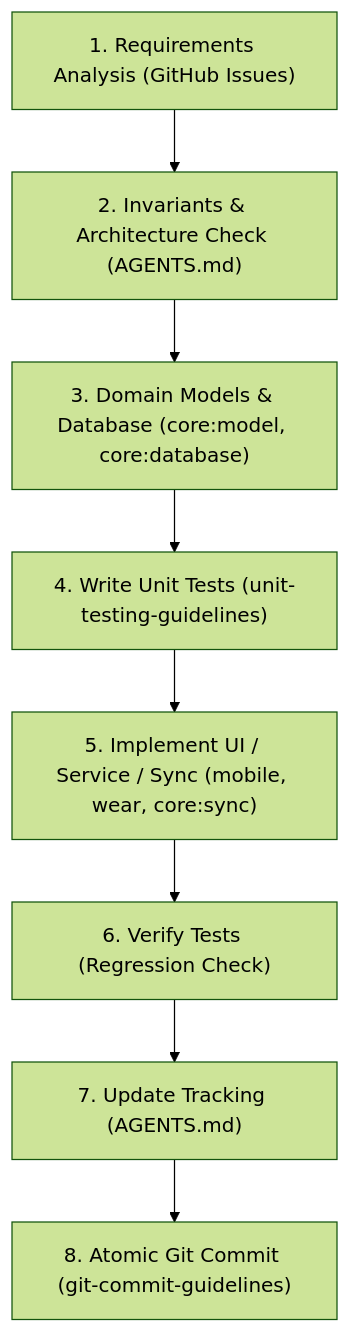
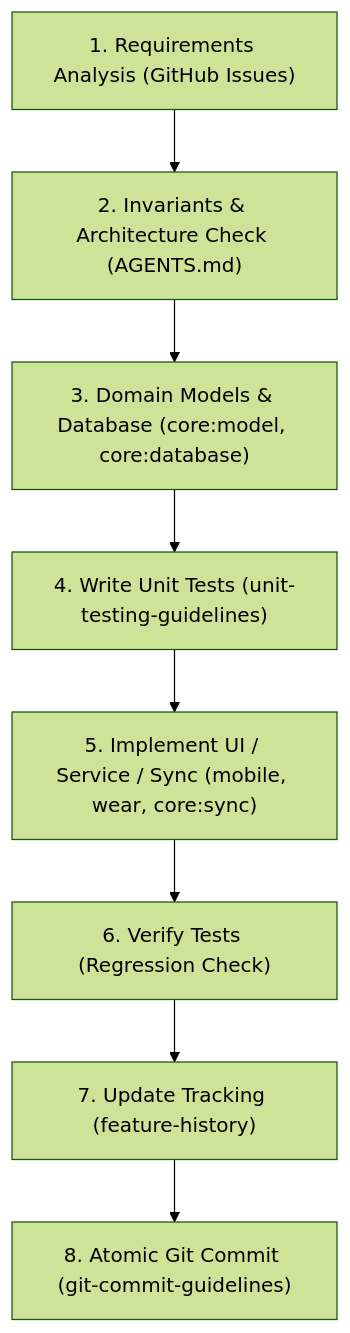
One commit to christian98b/LockerLift changed the diagram in .agents/skills/feature-implementation-workflow/SKILL.md. Above: the diagram before and after it, drawn with Mermaid (forest theme). The commit also changed other lines of this file and 39 other files, not shown here.

First line of the commit message:
docs(project): move implementation history out of AGENTS.md into feature-history folder

````diff
--- a/.agents/skills/feature-implementation-workflow/SKILL.md
+++ b/.agents/skills/feature-implementation-workflow/SKILL.md
@@ -16,10 +16,10 @@
 ```mermaid
 flowchart TD
     A["1. Requirements Analysis (GitHub Issues)"] --> B["2. Invariants & Architecture Check (AGENTS.md)"]
     B --> C["3. Domain Models & Database (core:model, core:database)"]
     C --> D["4. Write Unit Tests (unit-testing-guidelines)"]
     D --> E["5. Implement UI / Service / Sync (mobile, wear, core:sync)"]
     E --> F["6. Verify Tests (Regression Check)"]
-    F --> G["7. Update Tracking (AGENTS.md)"]
+    F --> G["7. Update Tracking (feature-history)"]
     G --> H["8. Atomic Git Commit (git-commit-guidelines)"]
 ```
````
